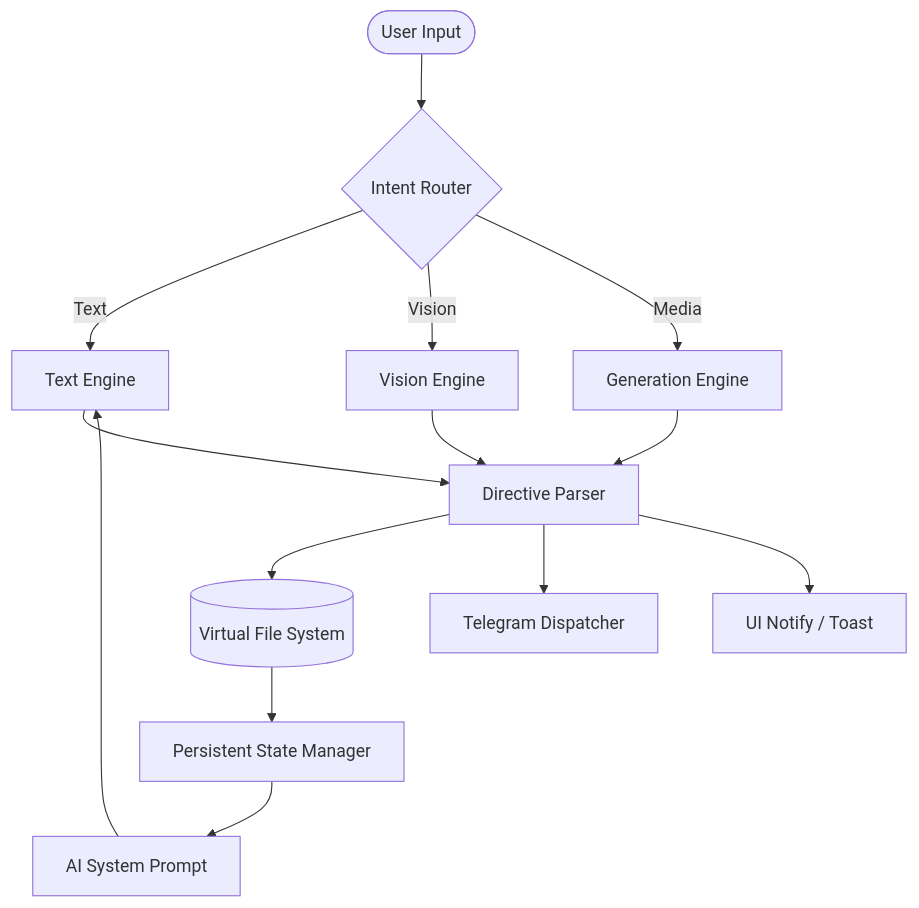
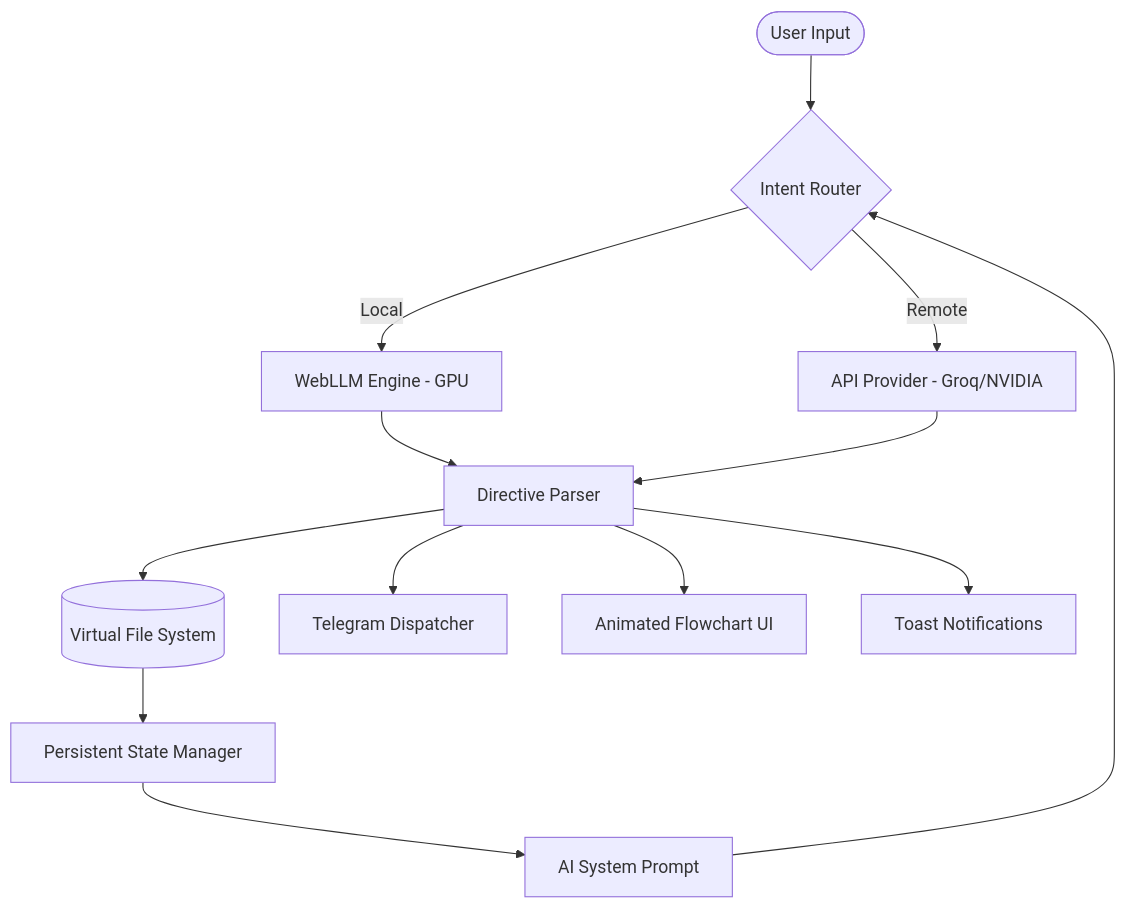
One commit to KREASIOKA/KREASYS changed the diagram in README.md. Above: the diagram before and after it, drawn with Mermaid. The commit also changed other lines of this file and 6 other files, not shown here.

````diff
--- a/README.md
+++ b/README.md
@@ -57,19 +62,18 @@
 ```mermaid
 graph TD
     User([User Input]) --> Router{Intent Router}
-    Router -->|Text| LLM_Text[Text Engine]
-    Router -->|Vision| LLM_Vision[Vision Engine]
-    Router -->|Media| LLM_Gen[Generation Engine]
+    Router -->|Local| WLLM[WebLLM Engine - GPU]
+    Router -->|Remote| API[API Provider - Groq/NVIDIA]
     
-    LLM_Text --> Parser[Directive Parser]
-    LLM_Vision --> Parser
-    LLM_Gen --> Parser
+    WLLM --> Parser[Directive Parser]
+    API --> Parser
 
     Parser --> VFS[(Virtual File System)]
     Parser --> TG[Telegram Dispatcher]
-    Parser --> UI[UI Notify / Toast]
+    Parser --> Flow[Animated Flowchart UI]
+    Parser --> Notify[Toast Notifications]
     
     VFS --> State[Persistent State Manager]
     State --> Context[AI System Prompt]
-    Context --> LLM_Text
+    Context --> Router
 ```
````
